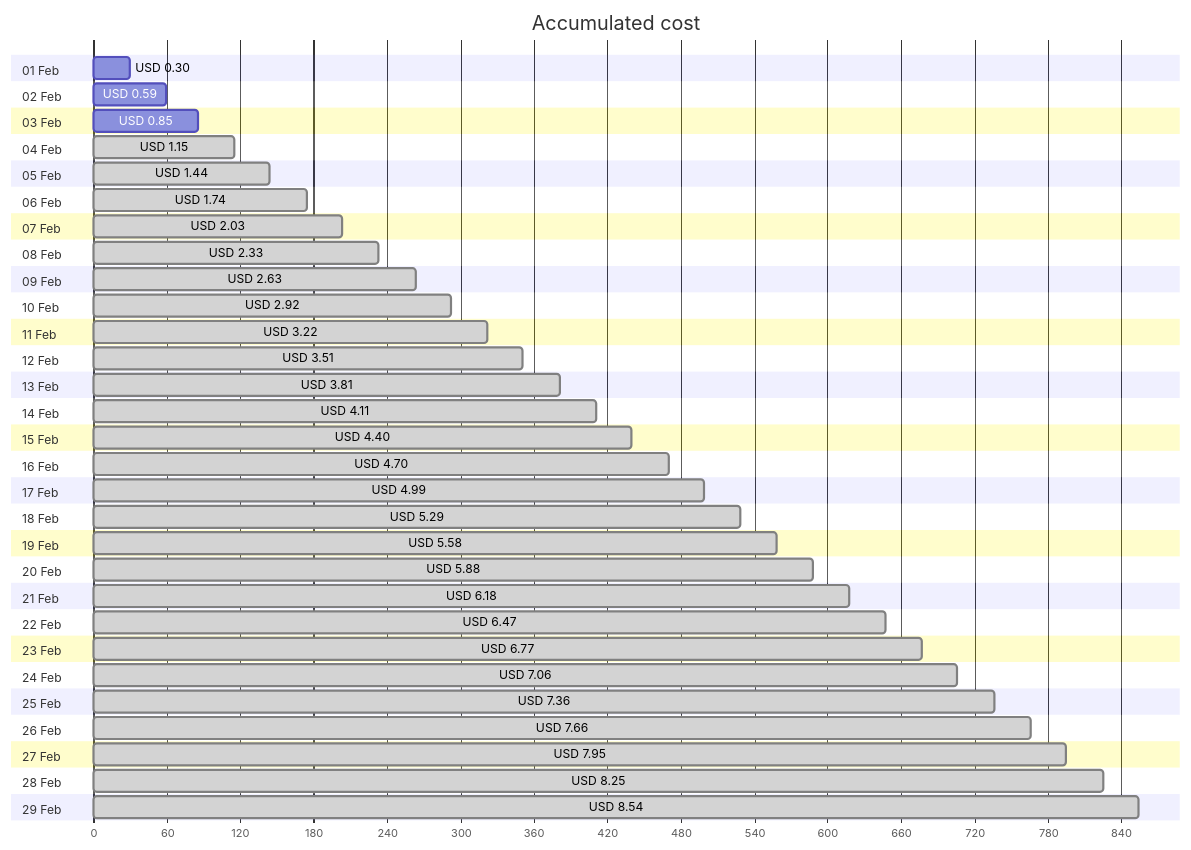
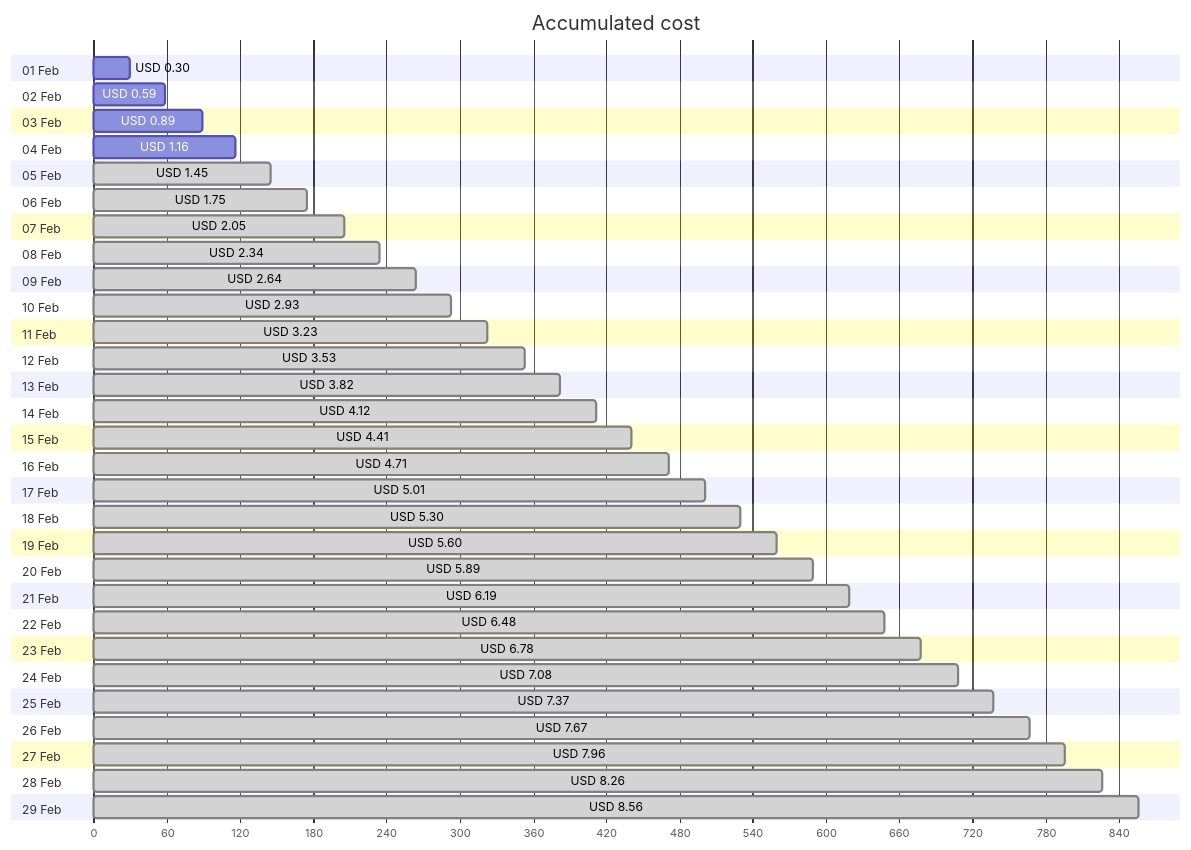
The first of 4 diagrams in cost-reports/personal-site/personal-site.md (jpfulton/azure-personal-reports), drawn with Mermaid before and after one commit. The commit also changed other lines of this file and 6 other files, not shown here.

````diff
--- a/cost-reports/personal-site/personal-site.md
+++ b/cost-reports/personal-site/personal-site.md
@@ -20,64 +20,64 @@
 ```mermaid
 gantt
    title Accumulated cost
    dateFormat  X
    axisFormat %s
    section 01 Feb
    USD 0.30 :0, 30
    section 02 Feb
    USD 0.59 :0, 59
    section 03 Feb
-   USD 0.85 :0, 85
+   USD 0.89 :0, 89
    section 04 Feb
-   USD 1.15 : done, 0, 115
+   USD 1.16 :0, 116
    section 05 Feb
-   USD 1.44 : done, 0, 144
+   USD 1.45 : done, 0, 145
    section 06 Feb
-   USD 1.74 : done, 0, 174
+   USD 1.75 : done, 0, 175
    section 07 Feb
-   USD 2.03 : done, 0, 203
+   USD 2.05 : done, 0, 205
    section 08 Feb
-   USD 2.33 : done, 0, 233
+   USD 2.34 : done, 0, 234
    section 09 Feb
-   USD 2.63 : done, 0, 263
+   USD 2.64 : done, 0, 264
    section 10 Feb
-   USD 2.92 : done, 0, 292
+   USD 2.93 : done, 0, 293
    section 11 Feb
-   USD 3.22 : done, 0, 322
+   USD 3.23 : done, 0, 323
    section 12 Feb
-   USD 3.51 : done, 0, 351
+   USD 3.53 : done, 0, 353
    section 13 Feb
-   USD 3.81 : done, 0, 381
+   USD 3.82 : done, 0, 382
    section 14 Feb
-   USD 4.11 : done, 0, 411
+   USD 4.12 : done, 0, 412
    section 15 Feb
-   USD 4.40 : done, 0, 440
+   USD 4.41 : done, 0, 441
    section 16 Feb
-   USD 4.70 : done, 0, 470
+   USD 4.71 : done, 0, 471
    section 17 Feb
-   USD 4.99 : done, 0, 499
+   USD 5.01 : done, 0, 501
    section 18 Feb
-   USD 5.29 : done, 0, 529
+   USD 5.30 : done, 0, 530
    section 19 Feb
-   USD 5.58 : done, 0, 558
+   USD 5.60 : done, 0, 560
    section 20 Feb
-   USD 5.88 : done, 0, 588
+   USD 5.89 : done, 0, 589
    section 21 Feb
-   USD 6.18 : done, 0, 618
+   USD 6.19 : done, 0, 619
    section 22 Feb
-   USD 6.47 : done, 0, 647
+   USD 6.48 : done, 0, 648
    section 23 Feb
-   USD 6.77 : done, 0, 677
+   USD 6.78 : done, 0, 678
    section 24 Feb
-   USD 7.06 : done, 0, 706
+   USD 7.08 : done, 0, 708
    section 25 Feb
-   USD 7.36 : done, 0, 736
+   USD 7.37 : done, 0, 737
    section 26 Feb
-   USD 7.66 : done, 0, 766
+   USD 7.67 : done, 0, 767
    section 27 Feb
-   USD 7.95 : done, 0, 795
+   USD 7.96 : done, 0, 796
    section 28 Feb
-   USD 8.25 : done, 0, 825
+   USD 8.26 : done, 0, 826
    section 29 Feb
-   USD 8.54 : done, 0, 854
+   USD 8.56 : done, 0, 856
 ```
````
